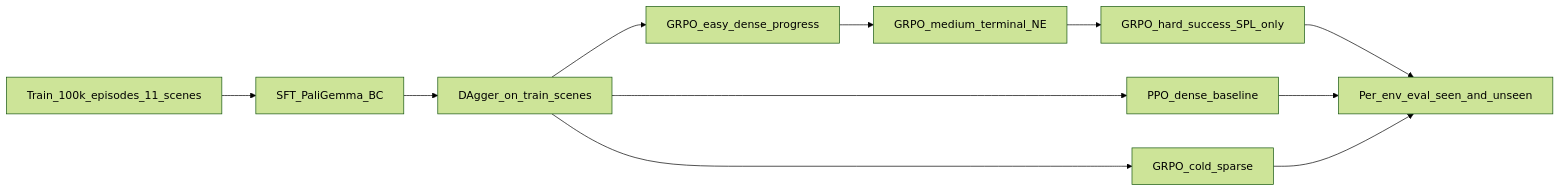
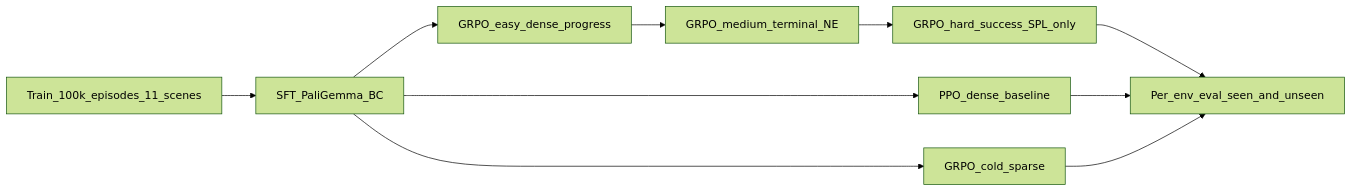
One commit to CodCodingCode/SkyVLA changed the diagram in docs/RESEARCH.md. Above: the diagram before and after it, drawn with Mermaid (forest theme). The commit also changed other lines of this file and 10 other files, not shown here.

````diff
--- a/docs/RESEARCH.md
+++ b/docs/RESEARCH.md
@@ -61,13 +60,12 @@
 ```mermaid
 flowchart LR
     train[Train_100k_episodes_11_scenes] --> SFT[SFT_PaliGemma_BC]
-    SFT --> DAgger[DAgger_on_train_scenes]
-    DAgger --> RL_easy[GRPO_easy_dense_progress]
+    SFT --> RL_easy[GRPO_easy_dense_progress]
     RL_easy --> RL_medium[GRPO_medium_terminal_NE]
     RL_medium --> RL_hard[GRPO_hard_success_SPL_only]
-    DAgger --> RL_baseline_dense[PPO_dense_baseline]
-    DAgger --> RL_baseline_sparse[GRPO_cold_sparse]
+    SFT --> RL_baseline_dense[PPO_dense_baseline]
+    SFT --> RL_baseline_sparse[GRPO_cold_sparse]
     RL_hard --> Eval[Per_env_eval_seen_and_unseen]
     RL_baseline_dense --> Eval
     RL_baseline_sparse --> Eval
 ```
````
